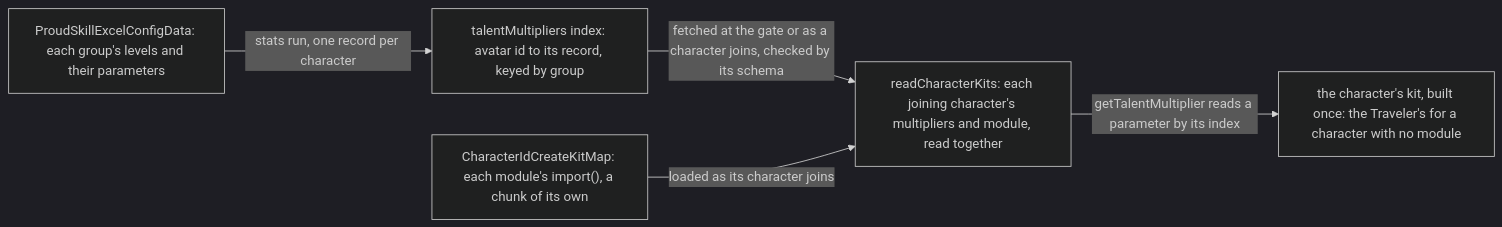
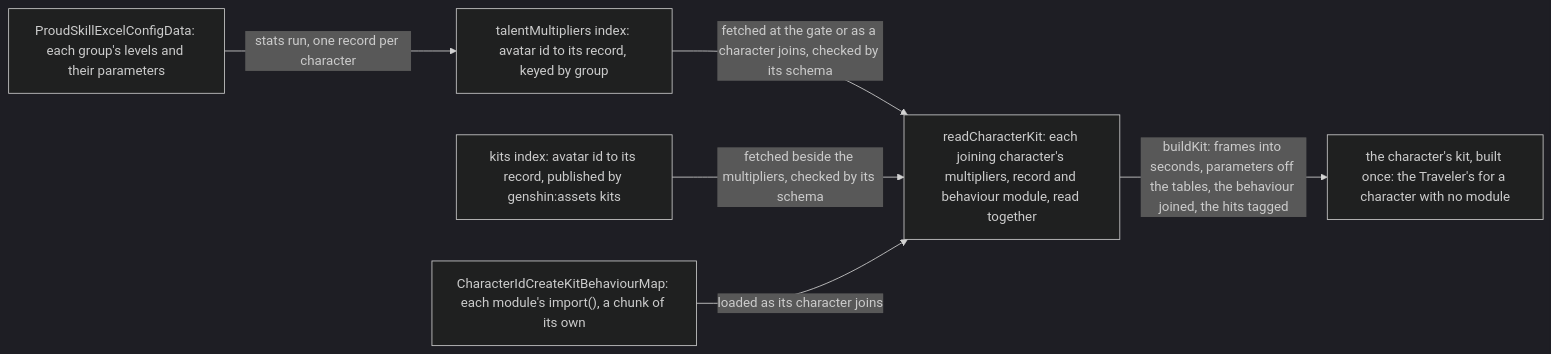
The second of 3 diagrams in apps/web/content/docs/genshin/kits/index.md (Esposter/Esposter), drawn with Mermaid (dark theme) before and after one commit. The commit also changed other lines of this file and 551 other files, not shown here.

````diff
--- a/apps/web/content/docs/genshin/kits/index.md
+++ b/apps/web/content/docs/genshin/kits/index.md
@@ -32,7 +32,8 @@
 ```mermaid
 flowchart LR
   P["ProudSkillExcelConfigData: each group's levels and their parameters"] -->|"stats run, one record per character"| M["talentMultipliers index: avatar id to its record, keyed by group"]
-  M -->|"fetched at the gate or as a character joins, checked by its schema"| R["readCharacterKits: each joining character's multipliers and module, read together"]
-  C["CharacterIdCreateKitMap: each module's import(), a chunk of its own"] -->|"loaded as its character joins"| R
-  R -->|"getTalentMultiplier reads a parameter by its index"| T["the character's kit, built once: the Traveler's for a character with no module"]
+  M -->|"fetched at the gate or as a character joins, checked by its schema"| R["readCharacterKit: each joining character's multipliers, record and behaviour module, read together"]
+  K["kits index: avatar id to its record, published by genshin:assets kits"] -->|"fetched beside the multipliers, checked by its schema"| R
+  C["CharacterIdCreateKitBehaviourMap: each module's import(), a chunk of its own"] -->|"loaded as its character joins"| R
+  R -->|"buildKit: frames into seconds, parameters off the tables, the behaviour joined, the hits tagged"| T["the character's kit, built once: the Traveler's for a character with no module"]
 ```
````
